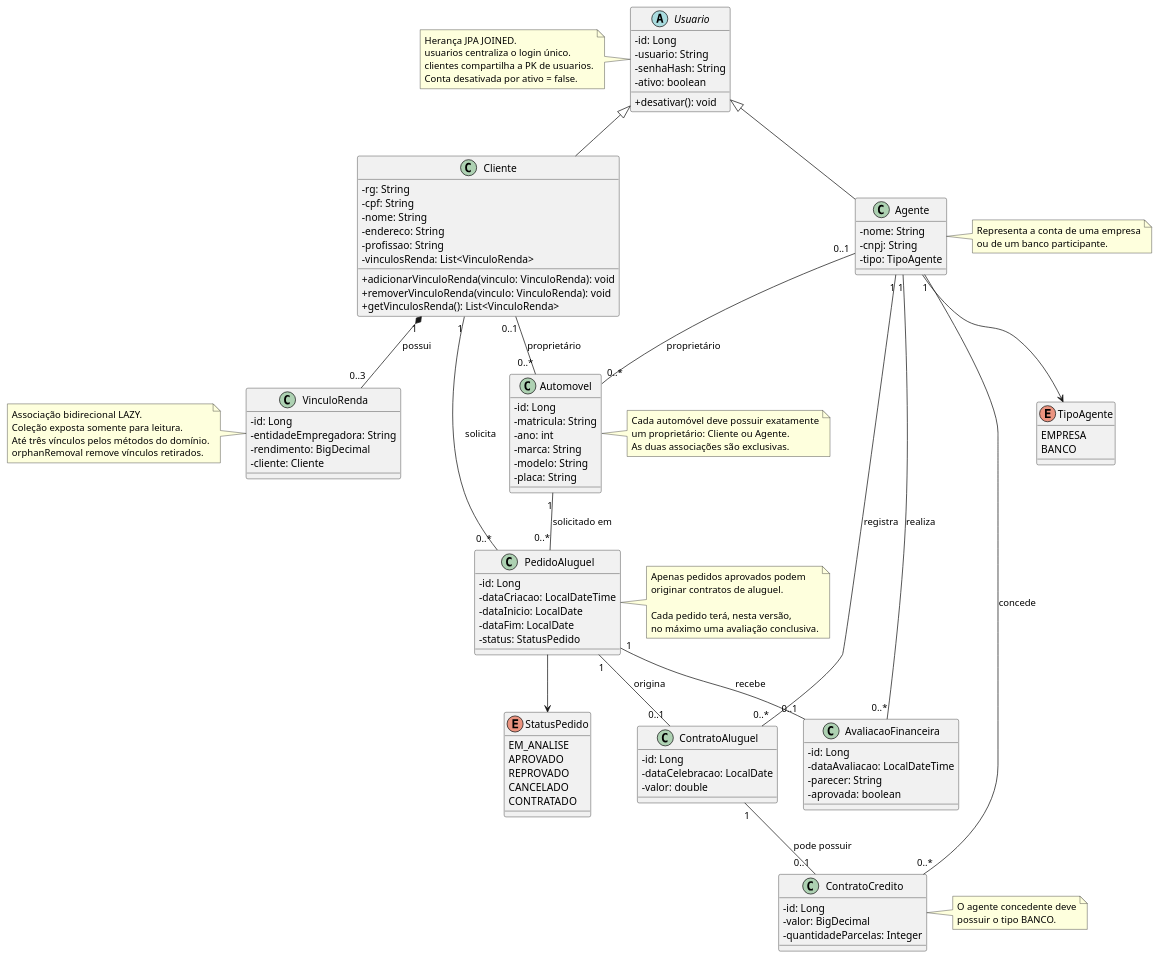
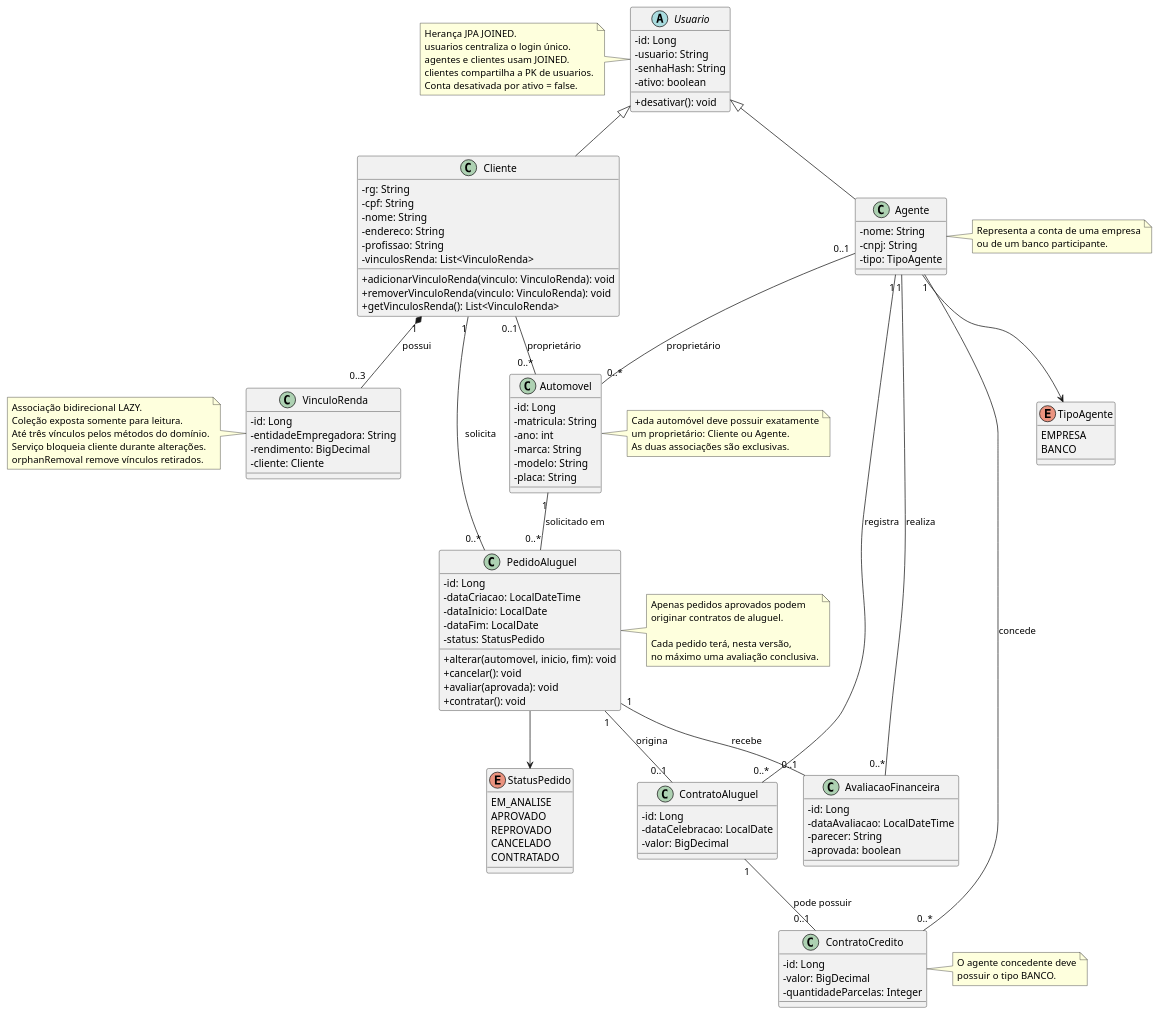
One commit to Evycostzocn/AluguelDeCarros changed the diagram in AluguelDeCarros/src/docs/uml.puml. Above: the diagram before and after it, drawn with PlantUML. The commit also changed 41 other files, not shown here.

```diff
--- a/AluguelDeCarros/src/docs/uml.puml
+++ b/AluguelDeCarros/src/docs/uml.puml
@@ -1,147 +1,153 @@
 @startuml
 top to bottom direction
 skinparam classAttributeIconSize 0
 
 abstract class Usuario {
     - id: Long
     - usuario: String
     - senhaHash: String
     - ativo: boolean
     + desativar(): void
 }
 
 class Cliente {
     - rg: String
     - cpf: String
     - nome: String
     - endereco: String
     - profissao: String
     - vinculosRenda: List<VinculoRenda>
     + adicionarVinculoRenda(vinculo: VinculoRenda): void
     + removerVinculoRenda(vinculo: VinculoRenda): void
     + getVinculosRenda(): List<VinculoRenda>
 }
 
 class Agente {
     - nome: String
     - cnpj: String
     - tipo: TipoAgente
 }
 
 enum TipoAgente {
     EMPRESA
     BANCO
 }
 
 class VinculoRenda {
     - id: Long
     - entidadeEmpregadora: String
     - rendimento: BigDecimal
     - cliente: Cliente
 }
 
 class Automovel {
     - id: Long
     - matricula: String
     - ano: int
     - marca: String
     - modelo: String
     - placa: String
 }
 
 class PedidoAluguel {
     - id: Long
     - dataCriacao: LocalDateTime
     - dataInicio: LocalDate
     - dataFim: LocalDate
     - status: StatusPedido
+    + alterar(automovel, inicio, fim): void
+    + cancelar(): void
+    + avaliar(aprovada): void
+    + contratar(): void
 }
 
 enum StatusPedido {
     EM_ANALISE
     APROVADO
     REPROVADO
     CANCELADO
     CONTRATADO
 }
 
 class AvaliacaoFinanceira {
     - id: Long
     - dataAvaliacao: LocalDateTime
     - parecer: String
     - aprovada: boolean
 }
 
 class ContratoAluguel {
     - id: Long
     - dataCelebracao: LocalDate
-    - valor: double
+    - valor: BigDecimal
 }
 
 class ContratoCredito {
     - id: Long
     - valor: BigDecimal
     - quantidadeParcelas: Integer
 }
 
 note left of Usuario
     Herança JPA JOINED.
     usuarios centraliza o login único.
+    agentes e clientes usam JOINED.
     clientes compartilha a PK de usuarios.
     Conta desativada por ativo = false.
 end note
 
 note left of VinculoRenda
     Associação bidirecional LAZY.
     Coleção exposta somente para leitura.
     Até três vínculos pelos métodos do domínio.
+    Serviço bloqueia cliente durante alterações.
     orphanRemoval remove vínculos retirados.
 end note
 
 Usuario <|-- Cliente
 Usuario <|-- Agente
 
 Agente --> TipoAgente
 PedidoAluguel --> StatusPedido
 
 Cliente "1" *-- "0..3" VinculoRenda : possui
 Cliente "1" -- "0..*" PedidoAluguel : solicita
 Automovel "1" -- "0..*" PedidoAluguel : solicitado em
 
 PedidoAluguel "1" -- "0..1" AvaliacaoFinanceira : recebe
 Agente "1" -- "0..*" AvaliacaoFinanceira : realiza
 
 PedidoAluguel "1" -- "0..1" ContratoAluguel : origina
 Agente "1" -- "0..*" ContratoAluguel : registra
 
 ContratoAluguel "1" -- "0..1" ContratoCredito : pode possuir
 Agente "1" -- "0..*" ContratoCredito : concede
 
 Cliente "0..1" -- "0..*" Automovel : proprietário
 Agente "0..1" -- "0..*" Automovel : proprietário
 
 note right of Agente
     Representa a conta de uma empresa
     ou de um banco participante.
 end note
 
 note right of Automovel
     Cada automóvel deve possuir exatamente
     um proprietário: Cliente ou Agente.
     As duas associações são exclusivas.
 end note
 
 note right of PedidoAluguel
     Apenas pedidos aprovados podem
     originar contratos de aluguel.
 
     Cada pedido terá, nesta versão,
     no máximo uma avaliação conclusiva.
 end note
 
 note right of ContratoCredito
     O agente concedente deve
     possuir o tipo BANCO.
 end note
 
 @enduml
```
